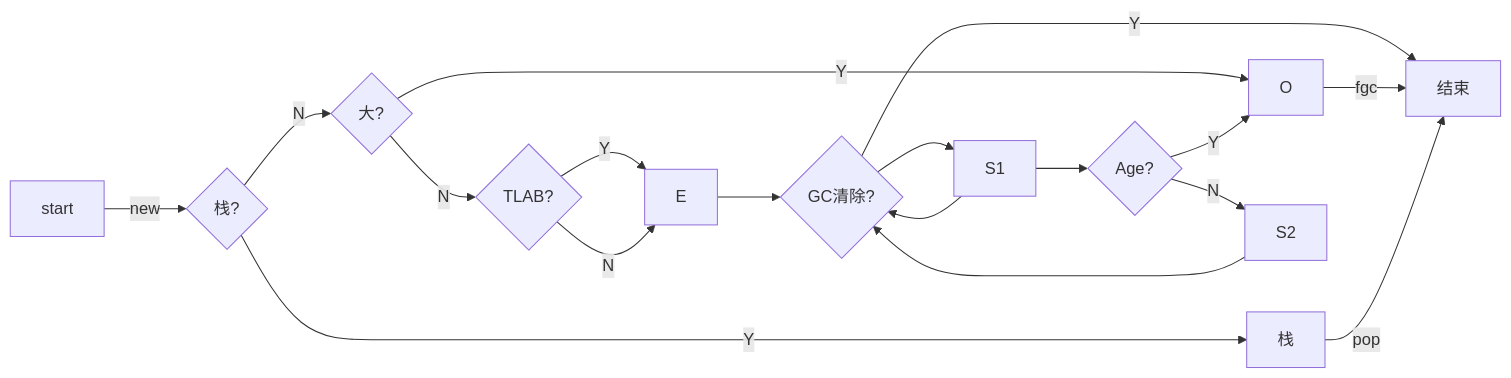
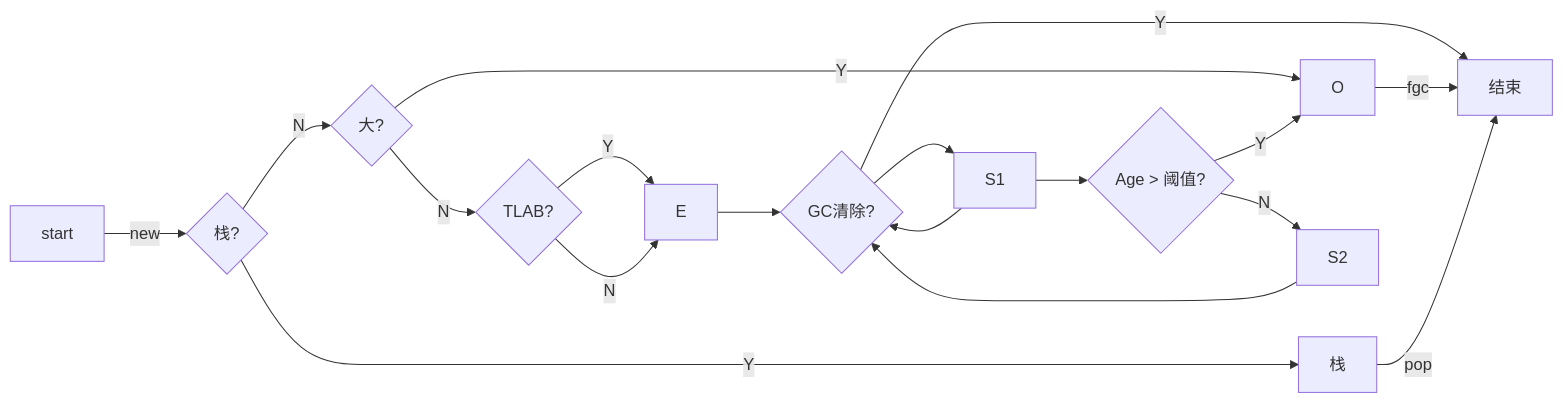
Before and after one commit to 0xcaffebabe/note: the first of 4 diagrams in doc/编程语言/JAVA/JVM/自动内存管理/垃圾回收.md, drawn with Mermaid. The commit also changed other lines of this file and 4 other files, not shown here.

````diff
--- a/doc/编程语言/JAVA/JVM/自动内存管理/垃圾回收.md
+++ b/doc/编程语言/JAVA/JVM/自动内存管理/垃圾回收.md
@@ -31,20 +31,20 @@
 ```mermaid
 graph LR
   start -- new --> A{栈?}
   A --> |Y| 栈
   A --> |N| B{大?}
   B --> |Y| O
   B --> |N| C{TLAB?}
   C --> |Y| E
   C --> |N| E
   E --> D{GC清除?}
   D --> S1
   S1 --> D
-  S1 --> F{Age?}
+  S1 --> F{Age > 阈值?}
   F --> |Y| O
   F --> |N| S2
   S2 --> D
   D --> |Y| 结束
   O -- fgc --> 结束
   栈 -- pop --> 结束
 ```
````
